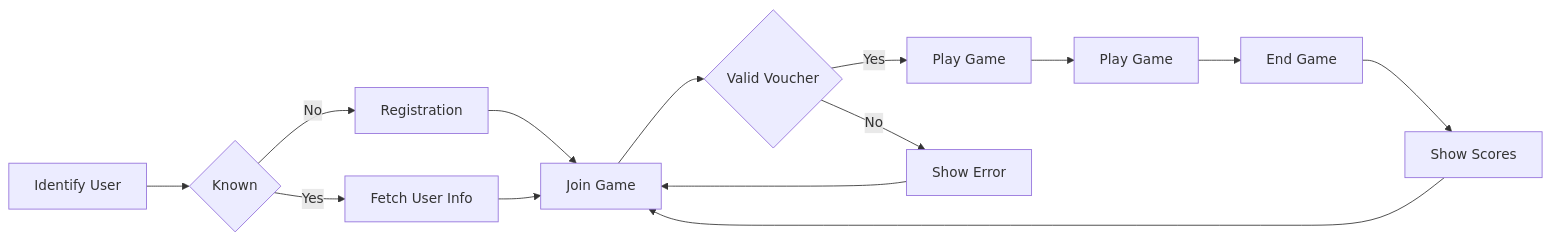
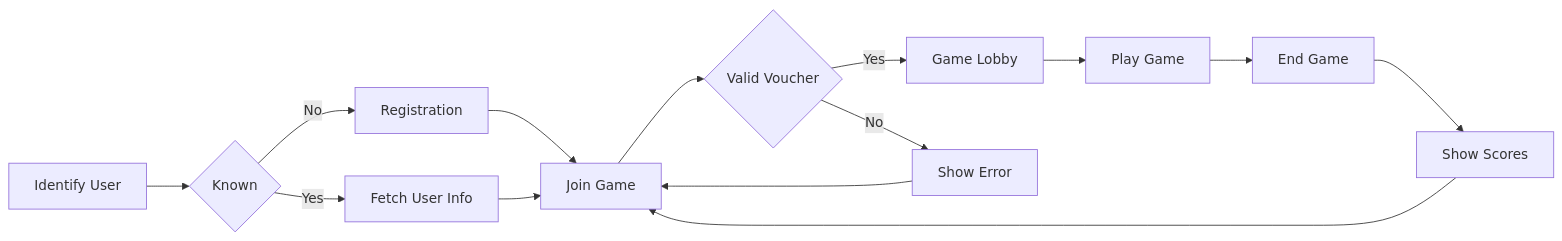
Before and after one commit to nikneem/whack-a-mole: the diagram in README.md, drawn with Mermaid.

Commit message:
Rename game lobby

````diff
--- a/README.md
+++ b/README.md
@@ -3,16 +3,16 @@
 ```mermaid
 flowchart LR
     A[Identify User] --> B{Known};
     B -- No --> C[Registration]
     B -- Yes --> D[Fetch User Info]
     C --> E[Join Game]
     D --> E
     E --> I{Valid Voucher}
-    I -- Yes --> K[Play Game]
+    I -- Yes --> K[Game Lobby]
     I -- No --> J[Show Error]
     J --> E
     K --> F[Play Game]
     F --> G[End Game]
     G --> H[Show Scores]
     H --> E
 ```
````
